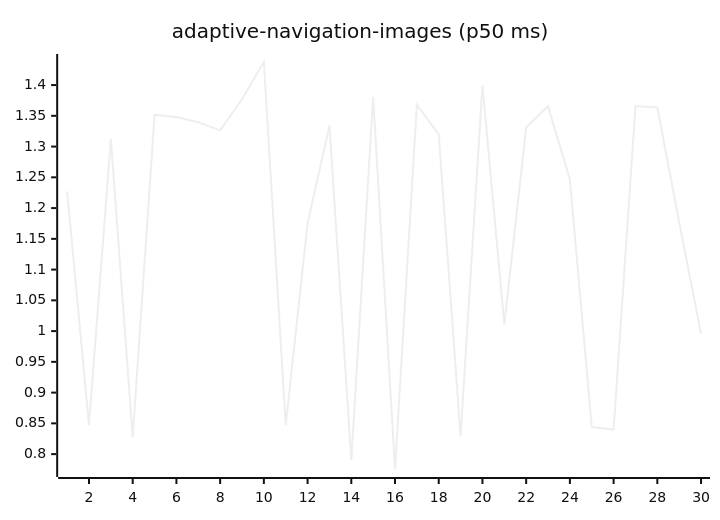
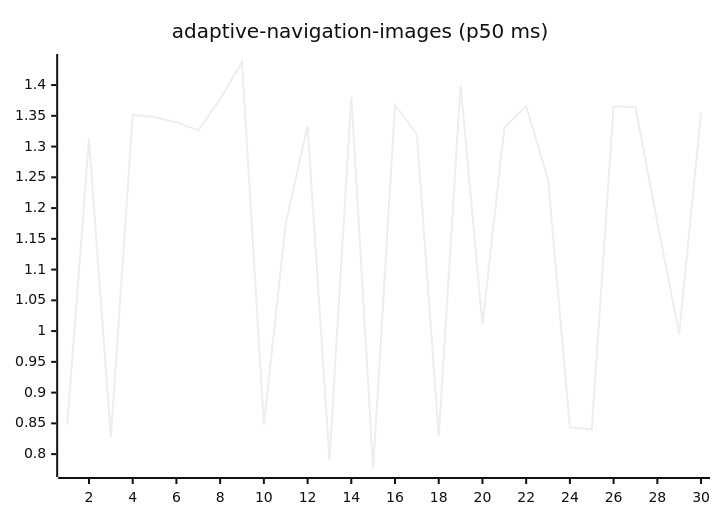
The first of 27 diagrams in README.md (josha/Facet), drawn with Mermaid (neutral theme) before and after one commit. The commit also changed other lines of this file and 2 other files, not shown here.

````diff
--- a/README.md
+++ b/README.md
@@ -63,6 +63,6 @@
 ```mermaid
 xychart-beta
     title "adaptive-navigation-images (p50 ms)"
     x-axis 1 --> 30
-    line [1.2271, 0.8473, 1.3121, 0.8274, 1.3515, 1.3479, 1.3395, 1.3263, 1.3769, 1.4375, 0.8471, 1.1748, 1.3343, 0.7905, 1.3810, 0.7758, 1.3680, 1.3197, 0.8291, 1.3996, 1.0110, 1.3313, 1.3656, 1.2466, 0.8441, 0.8400, 1.3659, 1.3636, 1.1770, 0.9954]
+    line [0.8473, 1.3121, 0.8274, 1.3515, 1.3479, 1.3395, 1.3263, 1.3769, 1.4375, 0.8471, 1.1748, 1.3343, 0.7905, 1.3810, 0.7758, 1.3680, 1.3197, 0.8291, 1.3996, 1.0110, 1.3313, 1.3656, 1.2466, 0.8441, 0.8400, 1.3659, 1.3636, 1.1770, 0.9954, 1.3550]
 ```
````
